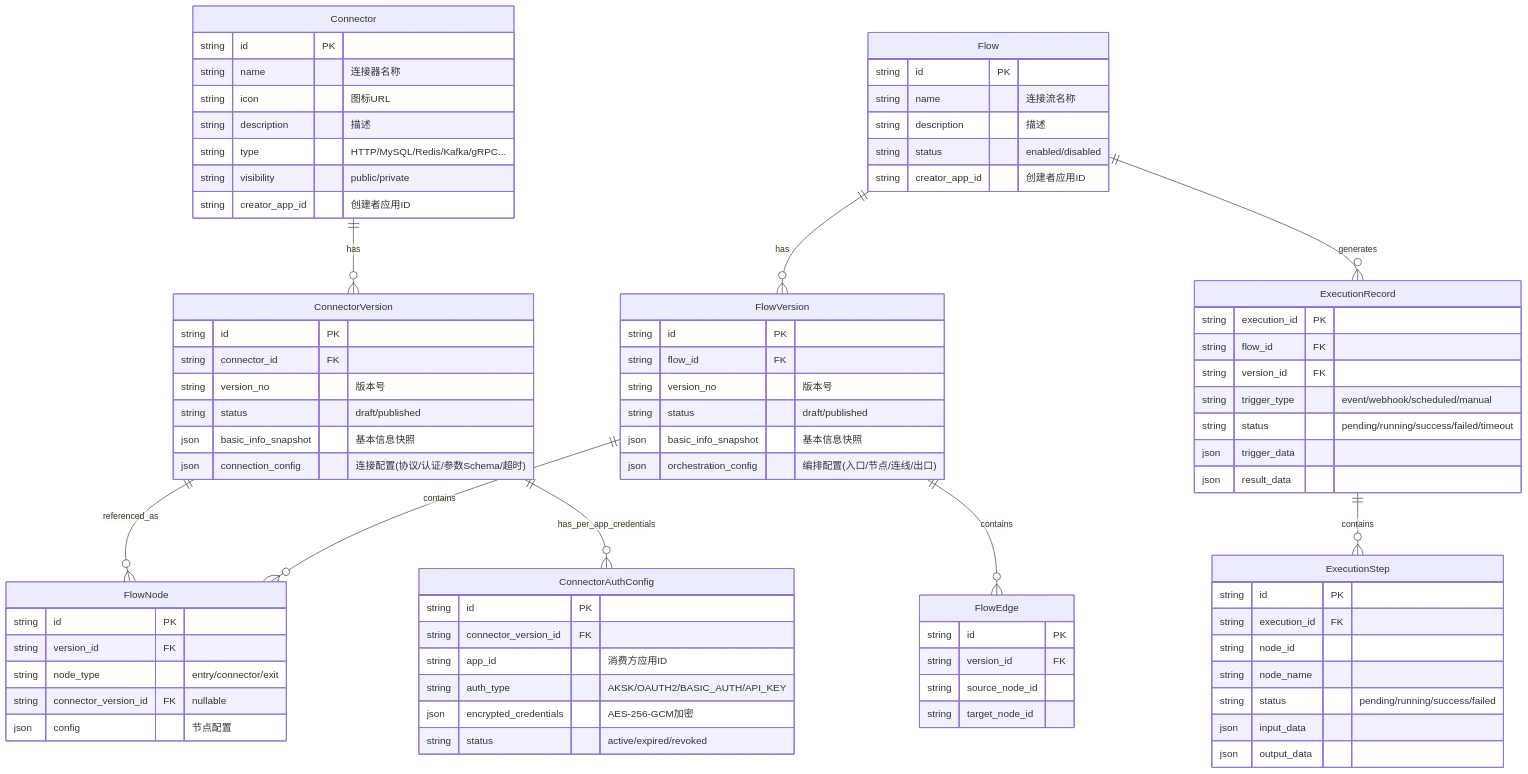
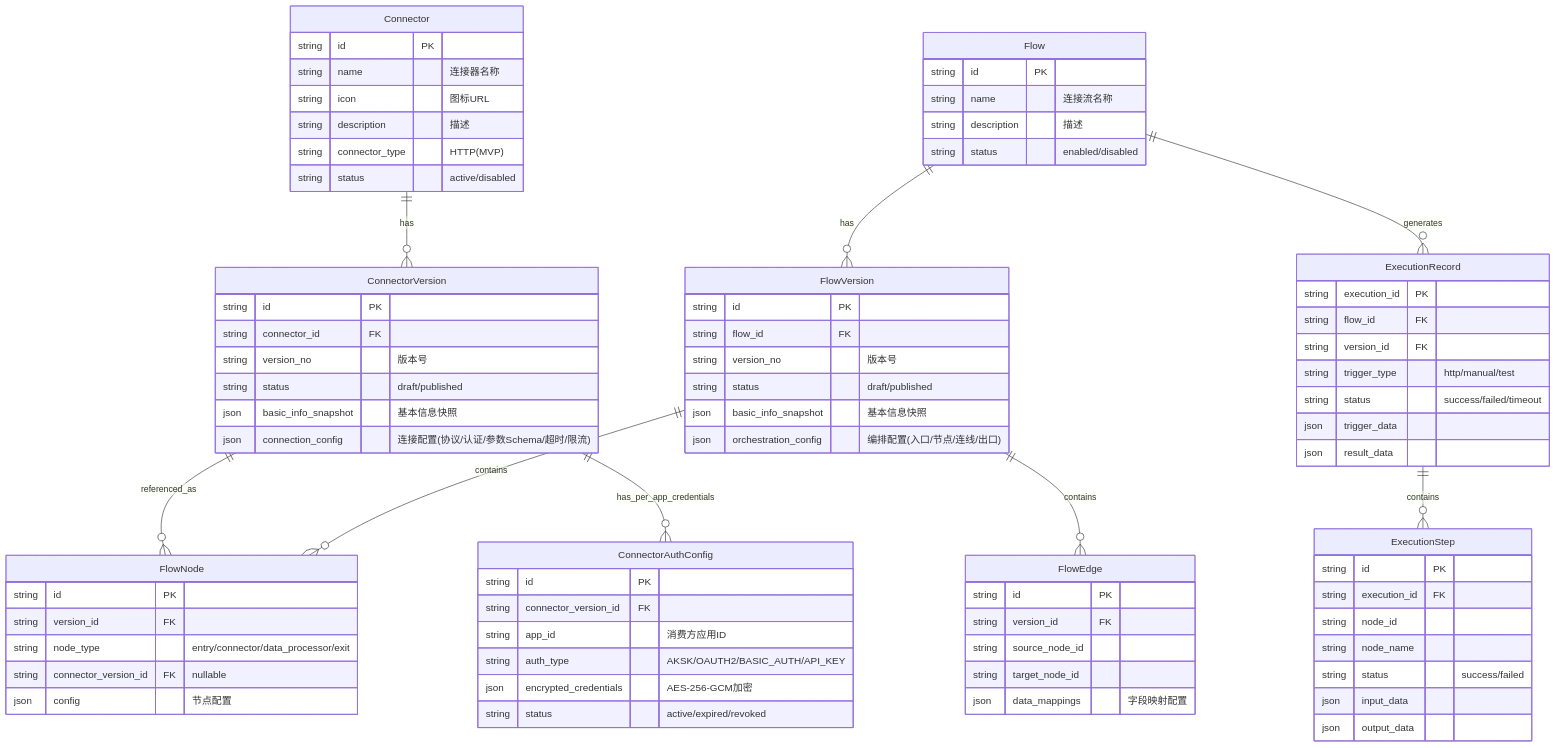
One commit to THZSummer/open-app changed the fifth of 5 diagrams in .sddu/specs-tree-root/specs-tree-connector-platform/plan.md. Above: the diagram before and after it, drawn with Mermaid. The commit also changed other lines of this file and 6 other files, not shown here.

```diff
--- a/.sddu/specs-tree-root/specs-tree-connector-platform/plan.md
+++ b/.sddu/specs-tree-root/specs-tree-connector-platform/plan.md
@@ -472,9 +435,8 @@
         string name "连接器名称"
         string icon "图标URL"
         string description "描述"
-        string type "HTTP/MySQL/Redis/Kafka/gRPC..."
-        string visibility "public/private"
-        string creator_app_id "创建者应用ID"
+        string connector_type "HTTP(MVP)"
+        string status "active/disabled"
     }
     ConnectorVersion {
         string id PK
@@ -482,14 +444,13 @@
         string version_no "版本号"
         string status "draft/published"
         json basic_info_snapshot "基本信息快照"
-        json connection_config "连接配置(协议/认证/参数Schema/超时)"
+        json connection_config "连接配置(协议/认证/参数Schema/超时/限流)"
     }
     Flow {
         string id PK
         string name "连接流名称"
         string description "描述"
         string status "enabled/disabled"
-        string creator_app_id "创建者应用ID"
     }
     FlowVersion {
         string id PK
@@ -502,7 +463,7 @@
     FlowNode {
         string id PK
         string version_id FK
-        string node_type "entry/connector/exit"
+        string node_type "entry/connector/data_processor/exit"
         string connector_version_id FK "nullable"
         json config "节点配置"
     }
@@ -511,13 +472,14 @@
         string version_id FK
         string source_node_id
         string target_node_id
+        json data_mappings "字段映射配置"
     }
     ExecutionRecord {
         string execution_id PK
         string flow_id FK
         string version_id FK
-        string trigger_type "event/webhook/scheduled/manual"
-        string status "pending/running/success/failed/timeout"
+        string trigger_type "http/manual/test"
+        string status "success/failed/timeout"
         json trigger_data
         json result_data
     }
@@ -526,7 +488,7 @@
         string execution_id FK
         string node_id
         string node_name
-        string status "pending/running/success/failed"
+        string status "success/failed"
         json input_data
         json output_data
     }
```
